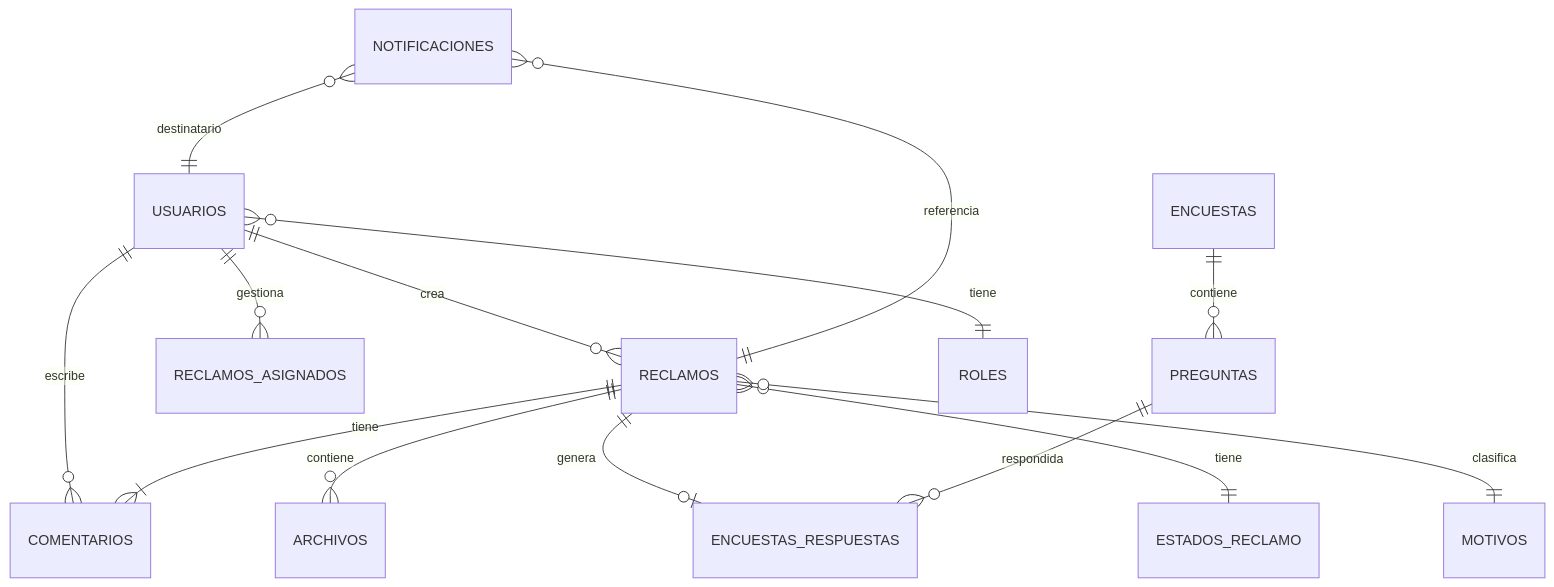
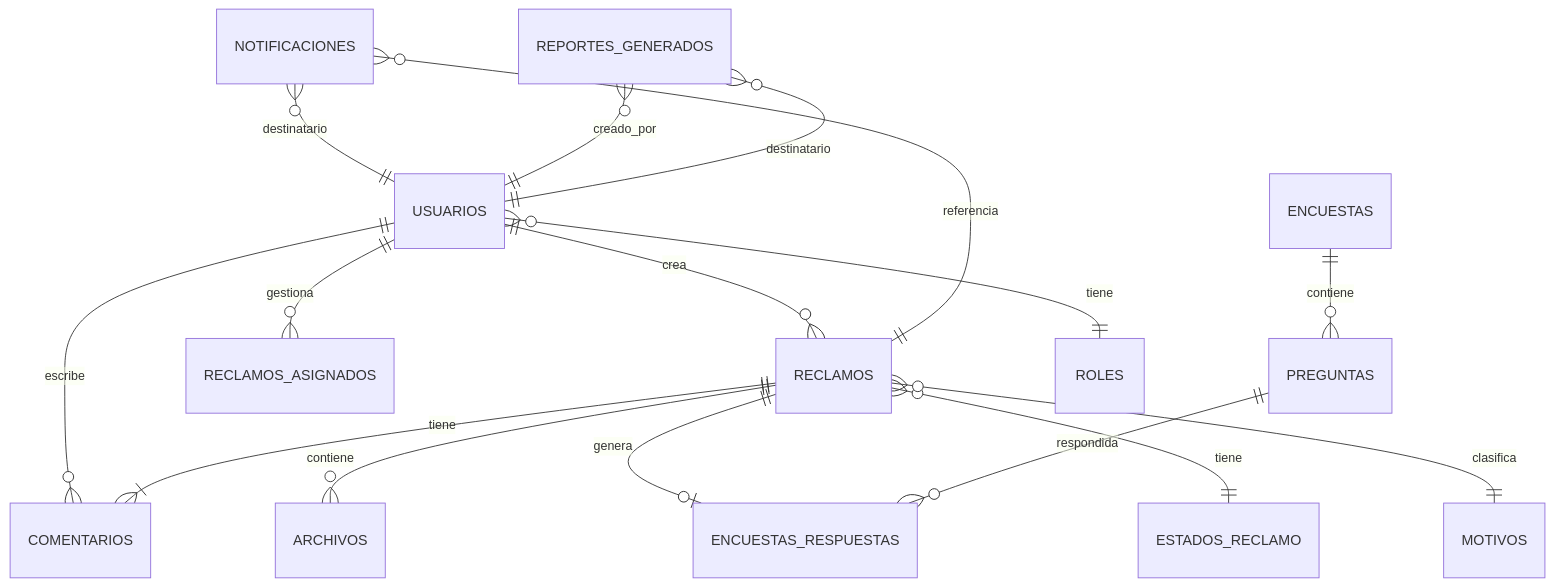
One commit to decagraff/sistema-reclamos-romero changed the diagram in docs/02-base-datos.md. Above: the diagram before and after it, drawn with Mermaid. The commit also changed other lines of this file and 3 other files, not shown here.

Commit message:
Initial commit: Sistema Reclamos v1.1 - Códigos por canal + Notificaciones reportes + Modelo etapas

````diff
--- a/docs/02-base-datos.md
+++ b/docs/02-base-datos.md
@@ -15,20 +15,23 @@
 ```mermaid
 erDiagram
     USUARIOS ||--o{ RECLAMOS : "crea"
     USUARIOS ||--o{ COMENTARIOS : "escribe"
     USUARIOS ||--o{ RECLAMOS_ASIGNADOS : "gestiona"
     
     RECLAMOS ||--|{ COMENTARIOS : "tiene"
     RECLAMOS ||--o{ ARCHIVOS : "contiene"
     RECLAMOS ||--o| ENCUESTAS_RESPUESTAS : "genera"
     RECLAMOS }o--|| ESTADOS_RECLAMO : "tiene"
     RECLAMOS }o--|| MOTIVOS : "clasifica"
     
     ENCUESTAS ||--o{ PREGUNTAS : "contiene"
     PREGUNTAS ||--o{ ENCUESTAS_RESPUESTAS : "respondida"
     
     USUARIOS }o--|| ROLES : "tiene"
     
     NOTIFICACIONES }o--|| USUARIOS : "destinatario"
     NOTIFICACIONES }o--|| RECLAMOS : "referencia"
+    
+    REPORTES_GENERADOS }o--|| USUARIOS : "creado_por"
+    REPORTES_GENERADOS }o--|| USUARIOS : "destinatario"
 ```
````
